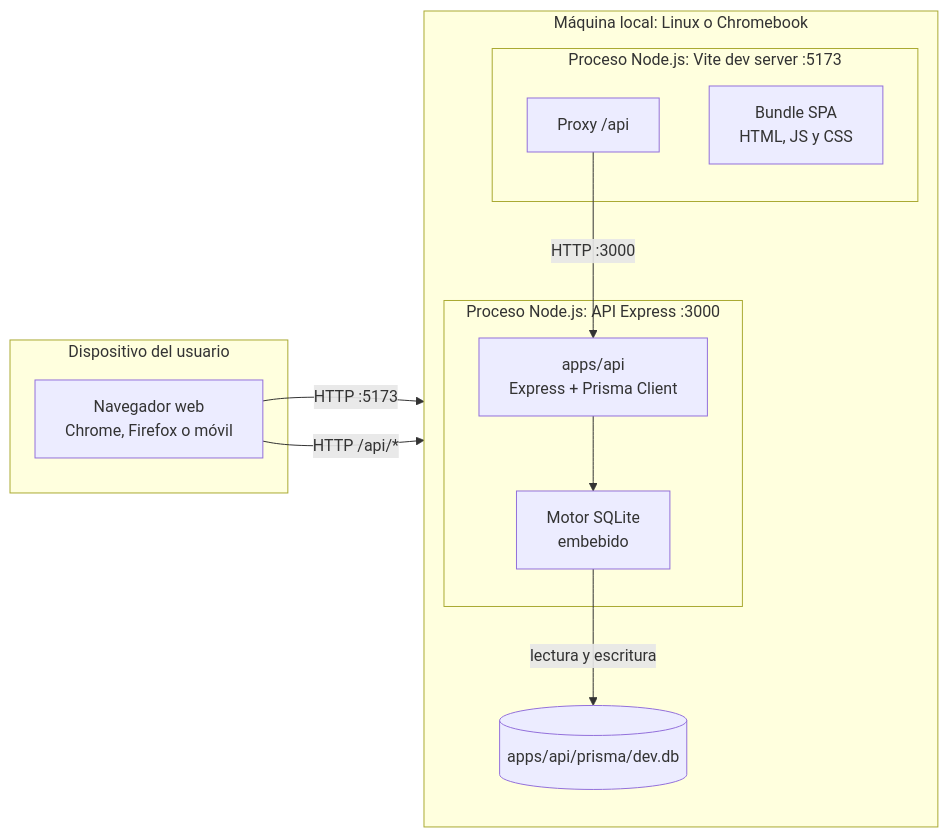
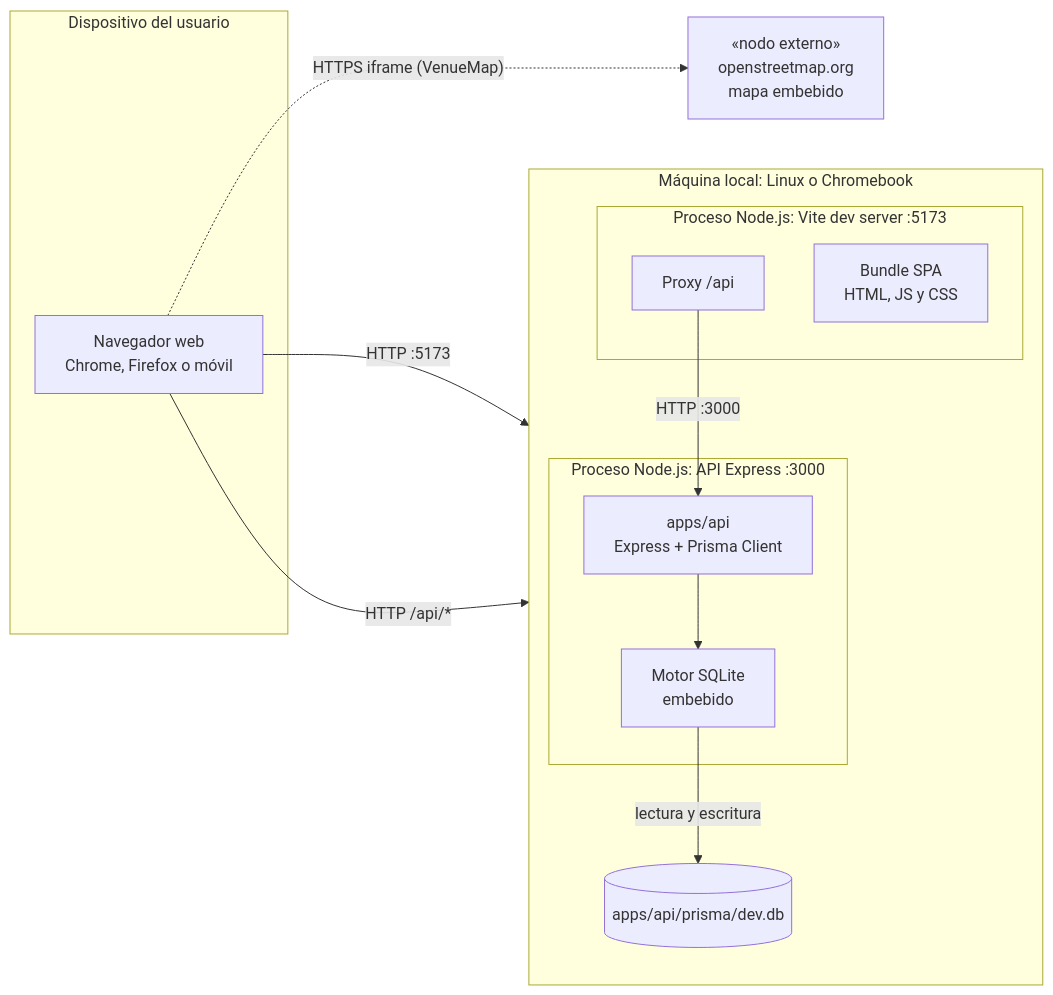
Before and after one commit to Camello15/festival-artes-vivas-loja: the first of 2 diagrams in docs/arquitectura/04-vista-fisica.md, drawn with Mermaid. The commit also changed other lines of this file and 7 other files, not shown here.

First line of the commit message:
docs(architecture): completar cadena de diagramas del modelo 4+1

````diff
--- a/docs/arquitectura/04-vista-fisica.md
+++ b/docs/arquitectura/04-vista-fisica.md
@@ -12,25 +12,28 @@
 ```mermaid
 flowchart LR
     subgraph dispositivo["Dispositivo del usuario"]
         browser["Navegador web<br/>Chrome, Firefox o móvil"]
     end
 
     subgraph host["Máquina local: Linux o Chromebook"]
         direction TB
         subgraph node1["Proceso Node.js: Vite dev server :5173"]
             spa["Bundle SPA<br/>HTML, JS y CSS"]
             proxy["Proxy /api"]
         end
         subgraph node2["Proceso Node.js: API Express :3000"]
             apiapp["apps/api<br/>Express + Prisma Client"]
             sqlite["Motor SQLite<br/>embebido"]
         end
         file[("apps/api/prisma/dev.db")]
     end
 
+    osm["«nodo externo»<br/>openstreetmap.org<br/>mapa embebido"]
+
     browser -- "HTTP :5173" --> spa
     browser -- "HTTP /api/*" --> proxy
     proxy -- "HTTP :3000" --> apiapp
     apiapp --> sqlite
     sqlite -- "lectura y escritura" --> file
+    browser -. "HTTPS iframe (VenueMap)" .-> osm
 ```
````
